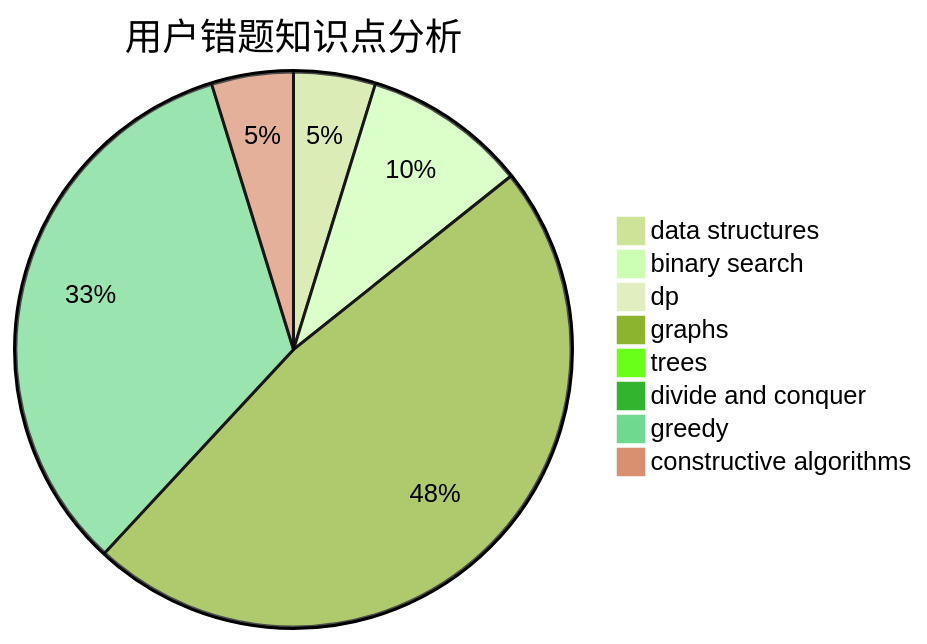
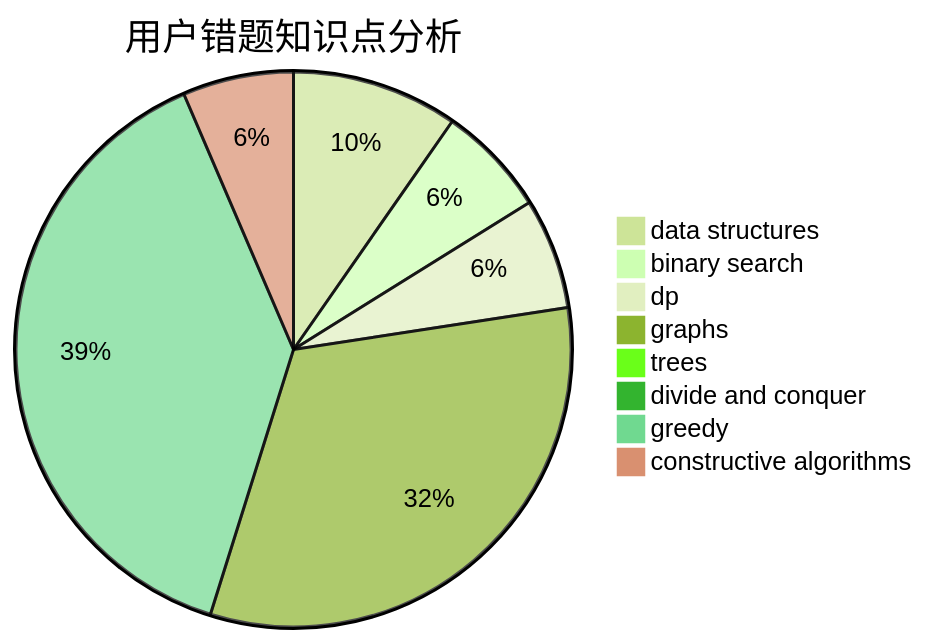
The third of 3 diagrams in docs/user/u220.md (sherpahu/cfrs.github.io), drawn with Mermaid (forest theme) before and after one commit. The commit also changed other lines of this file and 2770 other files, not shown here.

````diff
--- a/docs/user/u220.md
+++ b/docs/user/u220.md
@@ -36,11 +36,11 @@
 ```mermaid
 pie title 用户错题知识点分析
-    "data structures" :  1
+    "data structures" :  3
     "binary search" :  2
-    "dp" :  0
+    "dp" :  2
     "graphs" :  10
     "trees" :  0
     "divide and conquer" :  0
-    "greedy" :  7
-    "constructive algorithms" :  1
+    "greedy" :  12
+    "constructive algorithms" :  2
 ```
````
